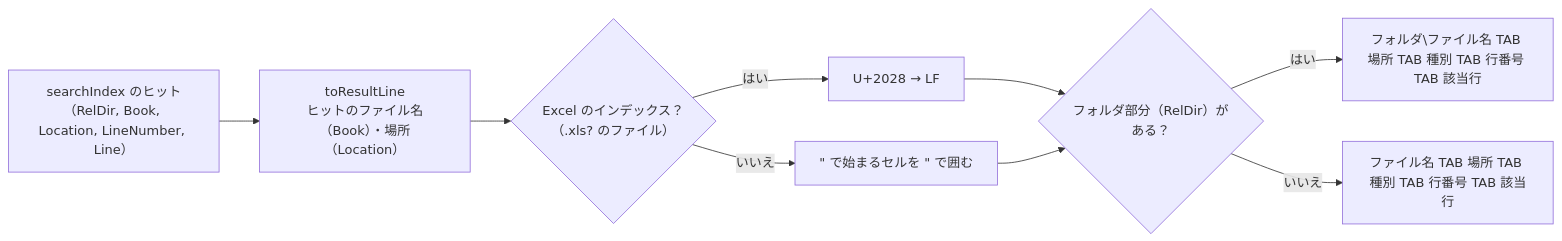
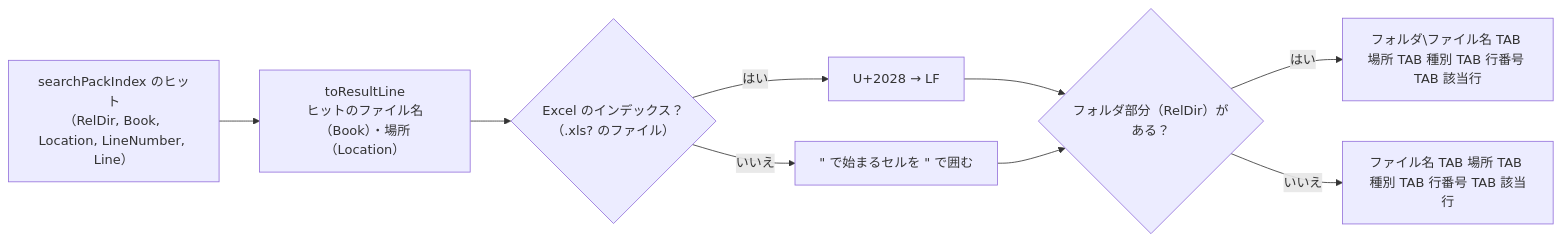
One commit to hsgwa/tebunko changed the fourth of 5 diagrams in docs/02_検索.md. Above: the diagram before and after it, drawn with Mermaid. The commit also changed other lines of this file and 53 other files, not shown here.

````diff
--- a/docs/02_検索.md
+++ b/docs/02_検索.md
@@ -224,11 +228,11 @@
 ```mermaid
 flowchart LR
-    H["searchIndex のヒット<br>（RelDir, Book, Location, LineNumber, Line）"] --> T["toResultLine<br>ヒットのファイル名（Book）・場所（Location）"]
+    H["searchPackIndex のヒット<br>（RelDir, Book, Location, LineNumber, Line）"] --> T["toResultLine<br>ヒットのファイル名（Book）・場所（Location）"]
     T --> X{"Excel のインデックス？<br>（.xls? のファイル）"}
     X -- はい --> XL["U+2028 → LF"]
     X -- いいえ --> WD["#quot; で始まるセルを #quot; で囲む"]
     XL --> J{"フォルダ部分（RelDir）がある？"}
     WD --> J
     J -- はい --> O1["フォルダ\ファイル名 TAB 場所 TAB 種別 TAB 行番号 TAB 該当行"]
     J -- いいえ --> O2["ファイル名 TAB 場所 TAB 種別 TAB 行番号 TAB 該当行"]
 ```
````
